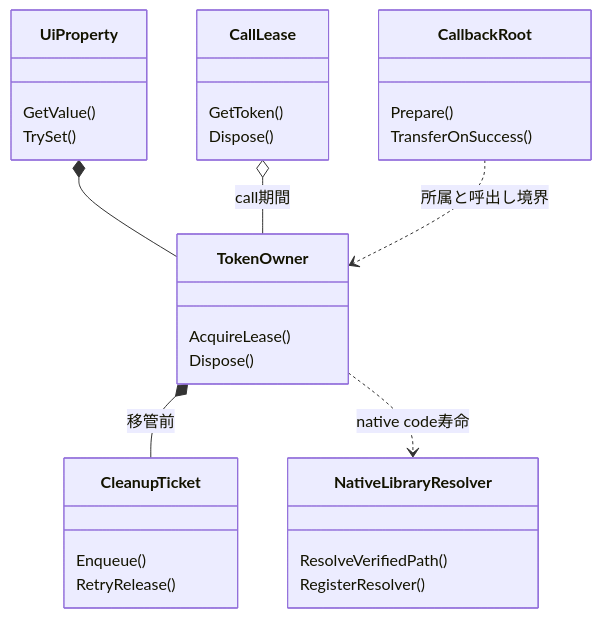
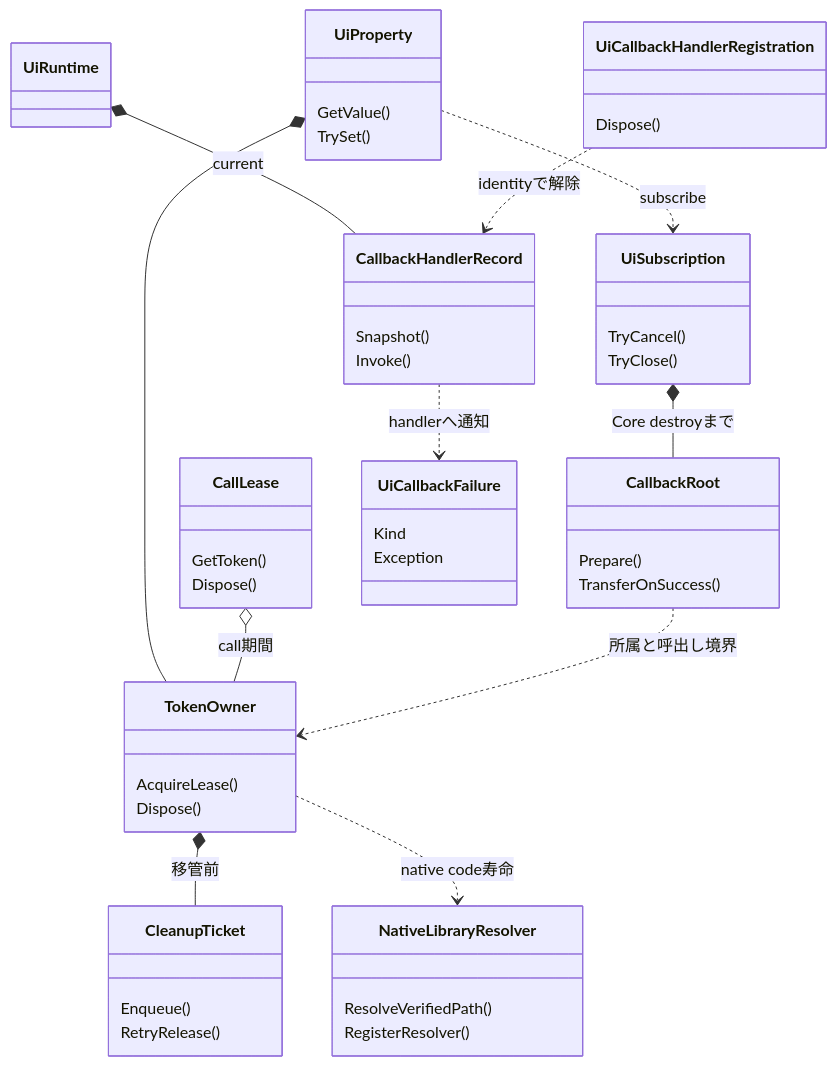
Before and after one commit to edamame-edame/freemvvm: the fourth of 4 diagrams in .docs/13_detail_design/wrappers/csharp.md, drawn with Mermaid. The commit also changed other lines of this file and 14 other files, not shown here.

````diff
--- a/.docs/13_detail_design/wrappers/csharp.md
+++ b/.docs/13_detail_design/wrappers/csharp.md
@@ -233,33 +286,53 @@
 ```mermaid
 classDiagram
     direction TB
     class UiProperty {
         GetValue()
         TrySet()
     }
     class TokenOwner {
         AcquireLease()
         Dispose()
     }
     class CallLease {
         GetToken()
         Dispose()
     }
     class CleanupTicket {
         Enqueue()
         RetryRelease()
     }
     class CallbackRoot {
         Prepare()
         TransferOnSuccess()
     }
+    class UiSubscription {
+        TryCancel()
+        TryClose()
+    }
+    class CallbackHandlerRecord {
+        Snapshot()
+        Invoke()
+    }
+    class UiCallbackHandlerRegistration {
+        Dispose()
+    }
+    class UiCallbackFailure {
+        Kind
+        Exception
+    }
     class NativeLibraryResolver {
         ResolveVerifiedPath()
         RegisterResolver()
     }
     UiProperty *-- TokenOwner
     CallLease o-- TokenOwner : call期間
     TokenOwner *-- CleanupTicket : 移管前
     CallbackRoot ..> TokenOwner : 所属と呼出し境界
+    UiProperty ..> UiSubscription : subscribe
+    UiSubscription *-- CallbackRoot : Core destroyまで
+    UiRuntime *-- CallbackHandlerRecord : current
+    UiCallbackHandlerRegistration ..> CallbackHandlerRecord : identityで解除
+    CallbackHandlerRecord ..> UiCallbackFailure : handlerへ通知
     TokenOwner ..> NativeLibraryResolver : native code寿命
 ```
````
